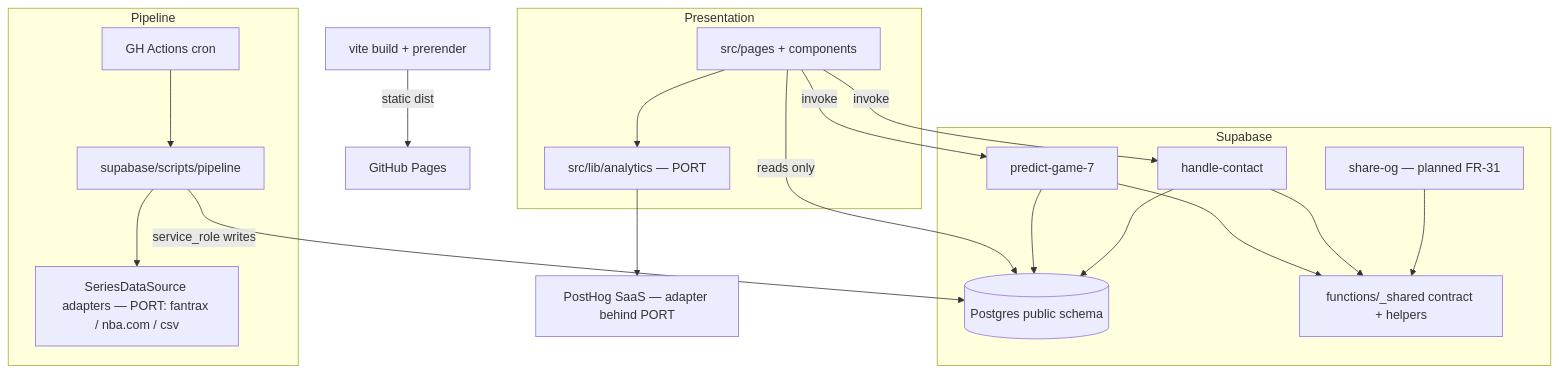
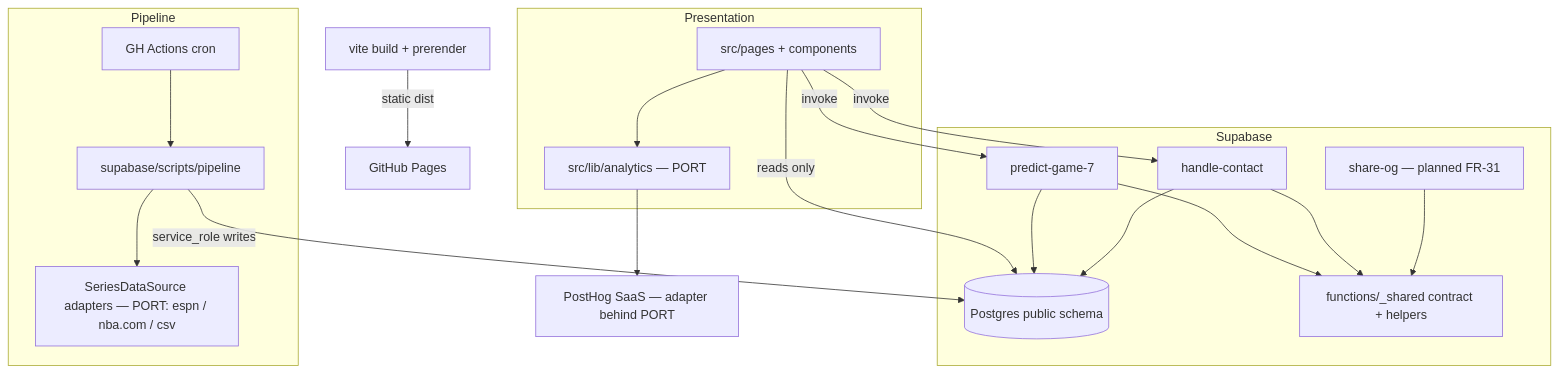
One commit to ujsolon/predictgame7 changed the diagram in _bmad-output/planning-artifacts/architecture/architecture-predictgame7-2026-09-23/ARCHITECTURE-SPINE.md. Above: the diagram before and after it, drawn with Mermaid. The commit also changed other lines of this file and 6 other files, not shown here.

Commit message:
Route the Story 2.6 feed blocker to a source change: add Story 2.13 ESPN adapter, close 2.6 with CAP-2 re-pointed (FR-21, #8)

````diff
--- a/_bmad-output/planning-artifacts/architecture/architecture-predictgame7-2026-09-23/ARCHITECTURE-SPINE.md
+++ b/_bmad-output/planning-artifacts/architecture/architecture-predictgame7-2026-09-23/ARCHITECTURE-SPINE.md
@@ -22,33 +22,33 @@
 ```mermaid
 graph TD
     subgraph Presentation
         PAGES[src/pages + components]
         ANALYTICS[src/lib/analytics — PORT]
     end
     subgraph Supabase
         PG[(Postgres public schema)]
         FN1[predict-game-7]
         FN2[handle-contact]
         FN3[share-og — planned FR-31]
         SHARED[functions/_shared contract + helpers]
     end
     subgraph Pipeline
         CI[GH Actions cron]
         SCRIPTS[supabase/scripts/pipeline]
-        SRC[SeriesDataSource adapters — PORT: fantrax / nba.com / csv]
+        SRC[SeriesDataSource adapters — PORT: espn / nba.com / csv]
     end
     PH[PostHog SaaS — adapter behind PORT]
 
     PAGES -->|reads only| PG
     PAGES -->|invoke| FN1
     PAGES -->|invoke| FN2
     PAGES --> ANALYTICS --> PH
     FN1 --> SHARED
     FN2 --> SHARED
     FN3 --> SHARED
     FN1 --> PG
     FN2 --> PG
     CI --> SCRIPTS --> SRC
     SCRIPTS -->|service_role writes| PG
     BUILD[vite build + prerender] -->|static dist| GHP[GitHub Pages]
 ```
````
